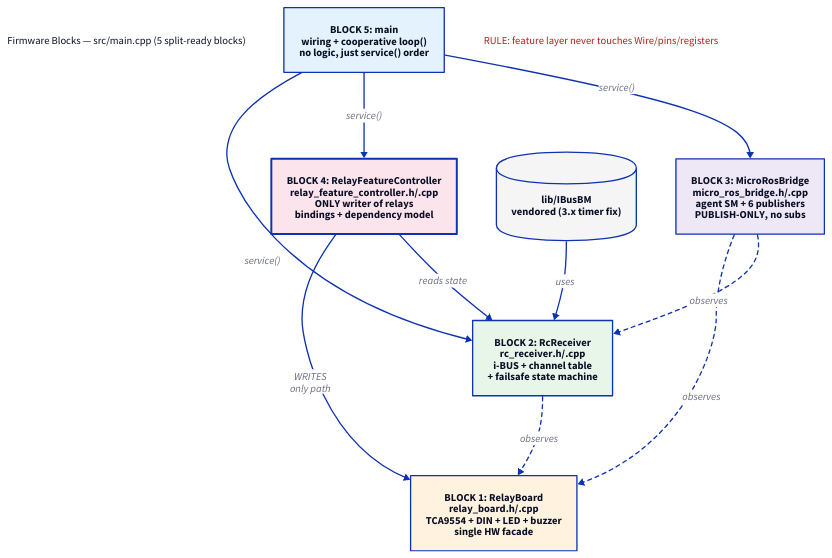
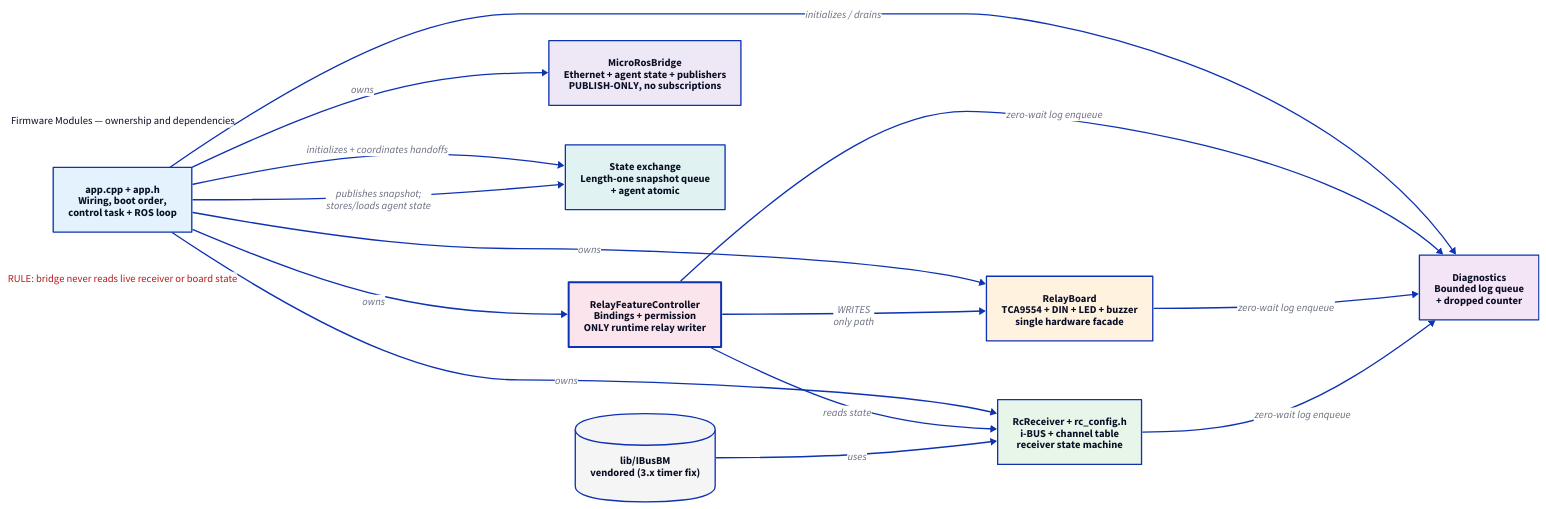
Before and after one commit to Aeolus96/karr-safety-core: the diagram in docs/diagrams/02-firmware-blocks.d2, drawn with D2. The commit also changed 31 other files, not shown here.

Commit message:
Working Baseline: Most relay features verified with hardware and code is now separated by function. Small bugs and fixes still needed but this is a solid bench tested baseline to work from.

```diff
--- a/docs/diagrams/02-firmware-blocks.d2
+++ b/docs/diagrams/02-firmware-blocks.d2
@@ -1,62 +1,69 @@
-# BLOCK dependency view — mirrors the "FILE STRUCTURE" comment in src/main.cpp.
-# Each block is split-ready into its own .h/.cpp pair.
-direction: down
+# Module ownership and dependency view.
+direction: right
 
-title: "Firmware Blocks — src/main.cpp (5 split-ready blocks)" {
+title: "Firmware Modules — ownership and dependencies" {
   shape: text
 }
 
-relayboard: "BLOCK 1: RelayBoard\nrelay_board.h/.cpp\nTCA9554 + DIN + LED + buzzer\nsingle HW facade" {
+app: "app.cpp + app.h\nWiring, boot order,\ncontrol task + ROS loop" {
+  shape: rectangle
+  style.fill: "#e3f2fd"
+}
+
+relayboard: "RelayBoard\nTCA9554 + DIN + LED + buzzer\nsingle hardware facade" {
   shape: rectangle
   style.fill: "#fff3e0"
 }
 
-rcreceiver: "BLOCK 2: RcReceiver\nrc_receiver.h/.cpp\ni-BUS + channel table\n+ failsafe state machine" {
+receiver: "RcReceiver + rc_config.h\ni-BUS + channel table\nreceiver state machine" {
   shape: rectangle
   style.fill: "#e8f5e9"
 }
 
-microros: "BLOCK 3: MicroRosBridge\nmicro_ros_bridge.h/.cpp\nagent SM + 6 publishers\nPUBLISH-ONLY, no subs" {
-  shape: rectangle
-  style.fill: "#ede7f6"
-}
-
-features: "BLOCK 4: RelayFeatureController\nrelay_feature_controller.h/.cpp\nONLY writer of relays\nbindings + dependency model" {
+controller: "RelayFeatureController\nBindings + permission\nONLY runtime relay writer" {
   shape: rectangle
   style.fill: "#fce4ec"
   style.stroke-width: 3
 }
 
-main: "BLOCK 5: main\nwiring + cooperative loop()\nno logic, just service() order" {
+bridge: "MicroRosBridge\nEthernet + agent state + publishers\nPUBLISH-ONLY, no subscriptions" {
   shape: rectangle
-  style.fill: "#e3f2fd"
+  style.fill: "#ede7f6"
+}
+
+exchange: "State exchange\nLength-one snapshot queue\n+ agent atomic" {
+  shape: rectangle
+  style.fill: "#e0f2f1"
+}
+
+diagnostics: "Diagnostics\nBounded log queue\n+ dropped counter" {
+  shape: rectangle
+  style.fill: "#f3e5f5"
 }
 
 ibus: "lib/IBusBM\nvendored (3.x timer fix)" {
   shape: cylinder
   style.fill: "#f5f5f5"
 }
 
-# Dependencies (who may touch whom)
-rcreceiver -> relayboard: "observes" {
-  style.stroke-dash: 3
-}
-microros -> relayboard: "observes" {
-  style.stroke-dash: 3
-}
-microros -> rcreceiver: "observes" {
-  style.stroke-dash: 3
-}
-features -> relayboard: "WRITES\nonly path" {
+# Dependencies and handoffs
+app -> relayboard: "owns"
+app -> receiver: "owns"
+app -> controller: "owns"
+app -> bridge: "owns"
+app -> exchange: "initializes + coordinates handoffs"
+app -> diagnostics: "initializes / drains"
+controller -> relayboard: "WRITES\nonly path" {
   style.stroke-width: 2
 }
-features -> rcreceiver: "reads state"
-main -> rcreceiver: "service()"
-main -> features: "service()"
-main -> microros: "service()"
-ibus -> rcreceiver: "uses"
+controller -> receiver: "reads state"
+app -> exchange: "publishes snapshot;\nstores/loads agent state"
+controller -> diagnostics: "zero-wait log enqueue"
+relayboard -> diagnostics: "zero-wait log enqueue"
+receiver -> diagnostics: "zero-wait log enqueue"
+ibus -> receiver: "uses"
 
-rule: "RULE: feature layer never touches Wire/pins/registers" {
+rule: "RULE: bridge never reads live receiver or board state" {
   shape: text
   style.font-color: "#b71c1c"
 }
```
